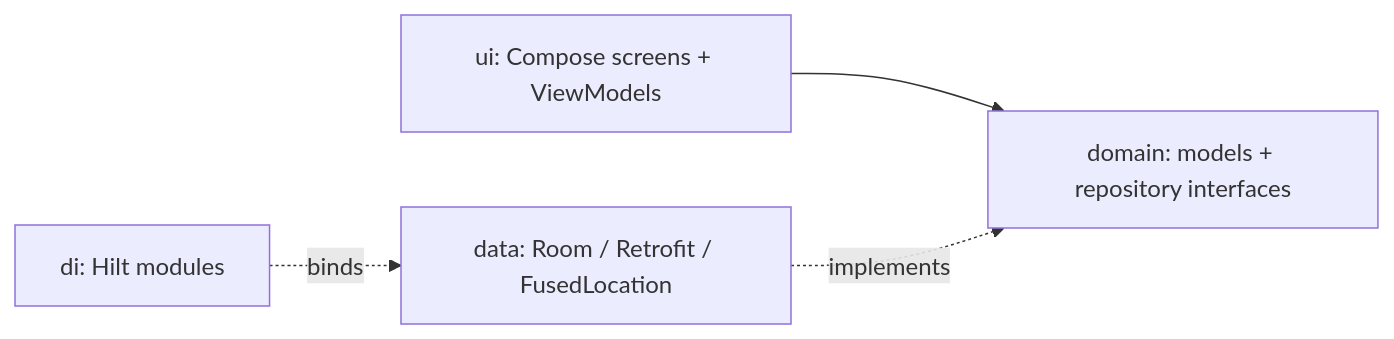
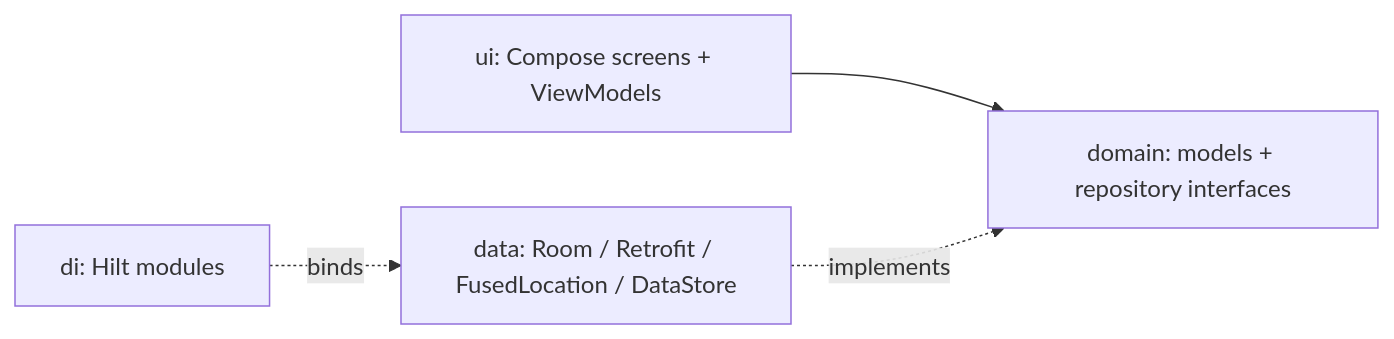
The first of 2 diagrams in README.md (JoseSilva1997/run-tracker), drawn with Mermaid before and after one commit. The commit also changed other lines of this file, not shown here.

````diff
--- a/README.md
+++ b/README.md
@@ -67,6 +73,6 @@
 ```mermaid
 graph LR
     UI[ui: Compose screens + ViewModels] --> D[domain: models + repository interfaces]
-    DATA[data: Room / Retrofit / FusedLocation] -.implements.-> D
+    DATA[data: Room / Retrofit / FusedLocation / DataStore] -.implements.-> D
     DI[di: Hilt modules] -.binds.-> DATA
 ```
````
